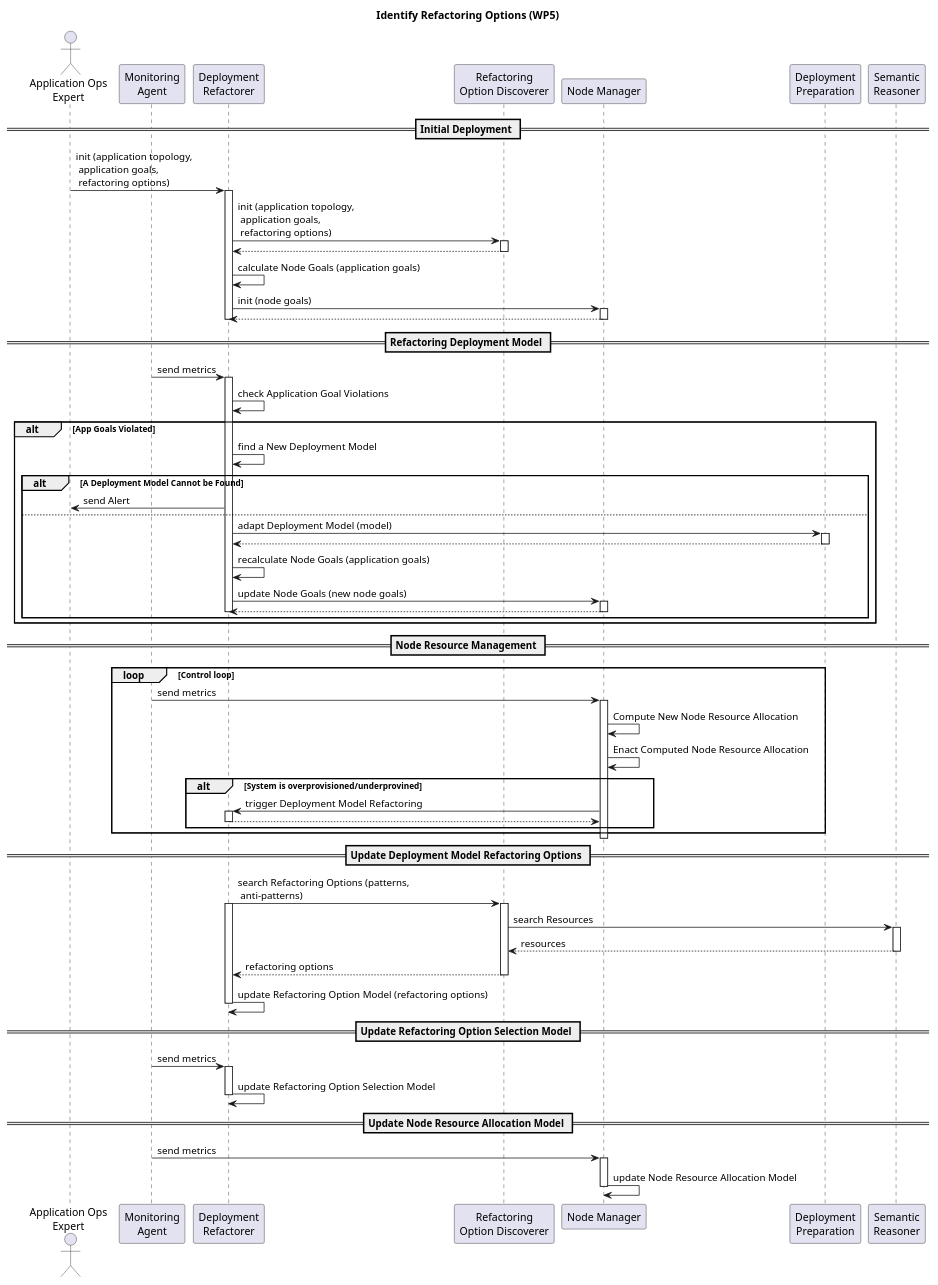
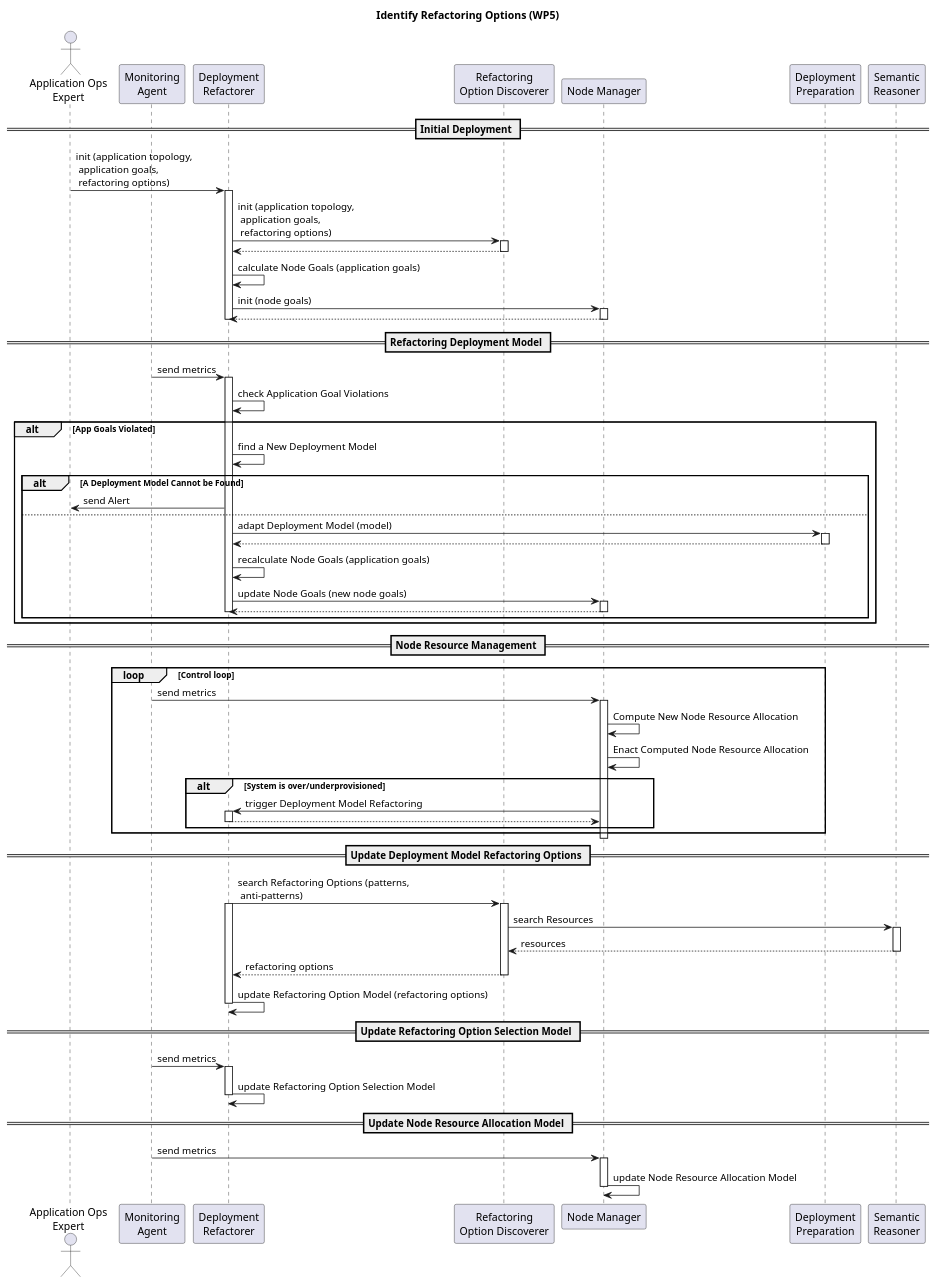
Before and after one commit to SODALITE-EU/project-wide-documentation: the diagram in uml/sequence-diagrams/UC-09-IdentifyRefactoringOptions-WP5.puml, drawn with PlantUML.

```diff
--- a/uml/sequence-diagrams/UC-09-IdentifyRefactoringOptions-WP5.puml
+++ b/uml/sequence-diagrams/UC-09-IdentifyRefactoringOptions-WP5.puml
@@ -1,93 +1,93 @@
 @startuml
 title Identify Refactoring Options (WP5)
 
 actor "Application Ops\nExpert" as ops
 participant “Monitoring\nAgent” as ma
 participant “Deployment\nRefactorer” as dr
 participant “Refactoring\nOption Discoverer” as rof
 participant “Node Manager” as nm
 participant “Deployment\nPreparation” as orch
 participant "Semantic\nReasoner" as reasoner
 
 == Initial Deployment ==
 
 ops -> dr: init (application topology,\n application goals,\n refactoring options)
 activate dr
 dr -> rof: init (application topology,\n application goals,\n refactoring options)
 activate rof
 rof --> dr
 deactivate rof
 dr -> dr: calculate Node Goals (application goals)
 dr -> nm: init (node goals)
 activate nm
 nm --> dr
 deactivate nm
 deactivate dr
 
 == Refactoring Deployment Model ==
 ma-> dr: send metrics
 activate dr
 dr -> dr : check Application Goal Violations
 alt App Goals Violated
 dr -> dr: find a New Deployment Model
    alt A Deployment Model Cannot be Found
        dr -> ops: send Alert
    else
        'dr-> dr: generate Adaptation Plan (\ncurrent model, new model)
        dr -> orch: adapt Deployment Model (model)
        activate orch
        'orch->orch: enact Adaptation Plan
        orch --> dr
        deactivate orch
        dr -> dr: recalculate Node Goals (application goals)
        dr -> nm: update Node Goals (new node goals)
        activate nm
        nm --> dr
        deactivate nm
        deactivate dr
    end
 end
 
 == Node Resource Management ==
 
 loop Control loop
 ma-> nm: send metrics
 activate nm
 nm -> nm: Compute New Node Resource Allocation
    nm -> nm: Enact Computed Node Resource Allocation
-   alt  System is overprovisioned/underprovined
+   alt  System is over/underprovisioned
        nm -> dr: trigger Deployment Model Refactoring
        activate dr
        dr --> nm:
        deactivate dr
    end
 end
 deactivate nm
 
 == Update Deployment Model Refactoring Options ==
 
 dr -> rof: search Refactoring Options (patterns,\n anti-patterns)
 activate dr
 activate rof
 rof -> reasoner: search Resources
 activate reasoner
 reasoner --> rof: resources
 deactivate reasoner
 rof --> dr:  refactoring options
 deactivate rof
 dr -> dr: update Refactoring Option Model (refactoring options)
 deactivate dr
 
 == Update Refactoring Option Selection Model ==
 ma-> dr: send metrics
 activate dr
 dr -> dr: update Refactoring Option Selection Model
 
 deactivate dr
 
 == Update Node Resource Allocation Model ==
 ma-> nm: send metrics
 activate nm
 nm -> nm: update Node Resource Allocation Model
 deactivate nm
 @enduml
```
